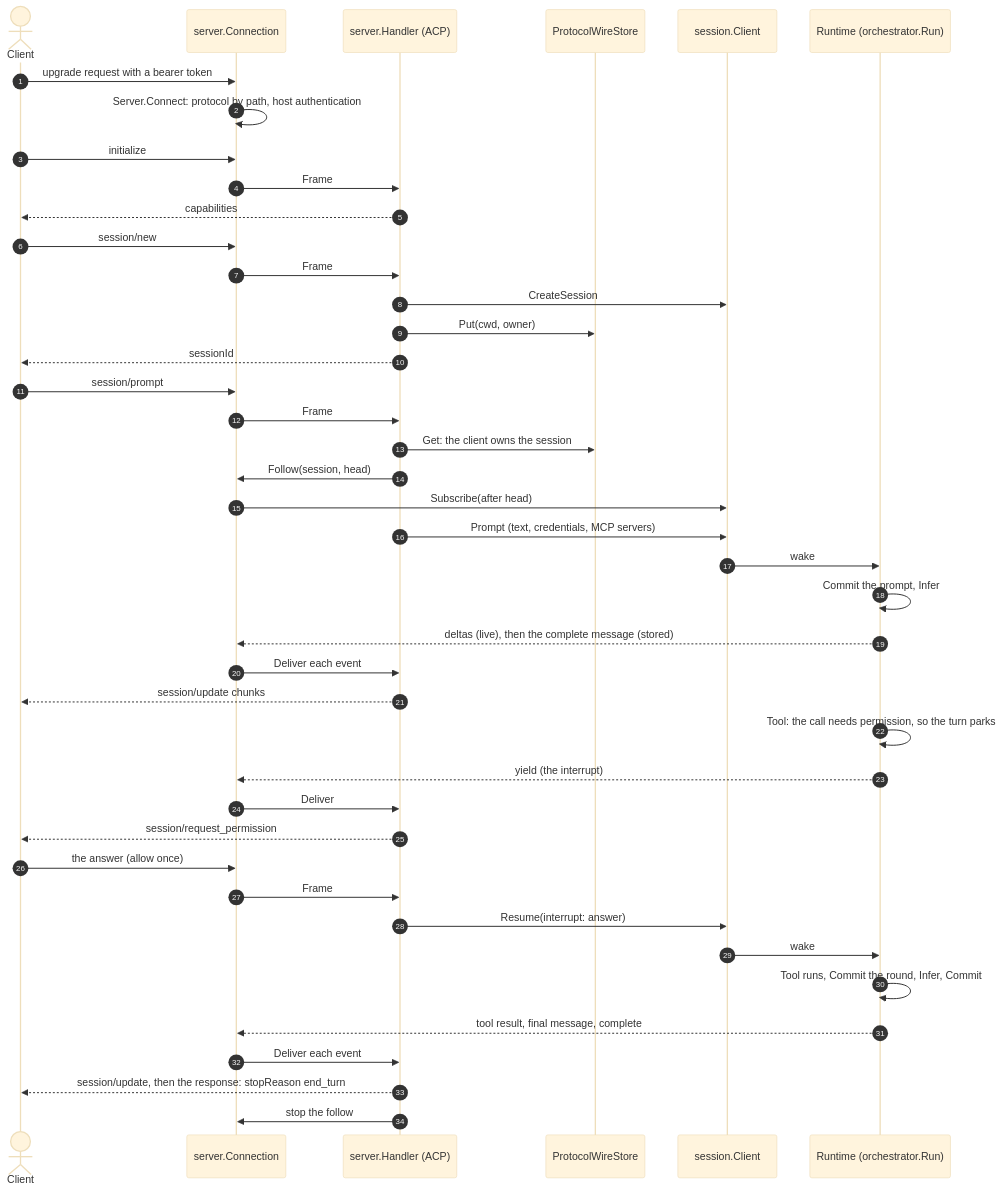
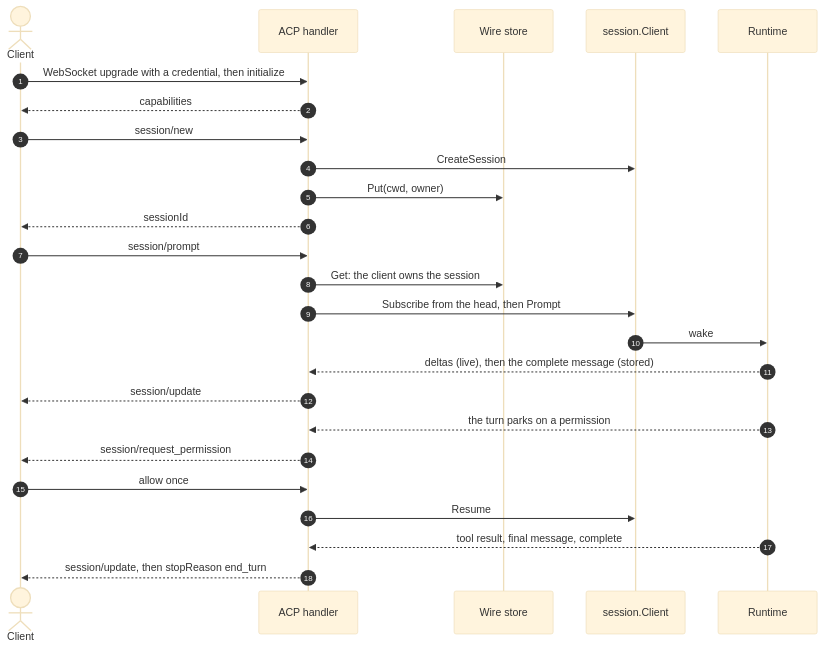
The diagram in docs/protocol.md (Ryanaldo34/tacklr), drawn with Mermaid (base theme) before and after one commit. The commit also changed other lines of this file and 11 other files, not shown here.

````diff
--- a/docs/protocol.md
+++ b/docs/protocol.md
@@ -64,45 +24,28 @@
 ```mermaid
 sequenceDiagram
     autonumber
     actor U as Client
-    participant C as server.Connection
-    participant H as server.Handler (ACP)
-    participant W as ProtocolWireStore
+    participant H as ACP handler
+    participant W as Wire store
     participant S as session.Client
-    participant R as Runtime (orchestrator.Run)
+    participant R as Runtime
 
-    U->>C: upgrade request with a bearer token
-    C->>C: Server.Connect: protocol by path, host authentication
-    U->>C: initialize
-    C->>H: Frame
+    U->>H: WebSocket upgrade with a credential, then initialize
     H-->>U: capabilities
-    U->>C: session/new
-    C->>H: Frame
+    U->>H: session/new
     H->>S: CreateSession
     H->>W: Put(cwd, owner)
     H-->>U: sessionId
-    U->>C: session/prompt
-    C->>H: Frame
+    U->>H: session/prompt
     H->>W: Get: the client owns the session
-    H->>C: Follow(session, head)
-    C->>S: Subscribe(after head)
-    H->>S: Prompt (text, credentials, MCP servers)
+    H->>S: Subscribe from the head, then Prompt
     S->>R: wake
-    R->>R: Commit the prompt, Infer
-    R-->>C: deltas (live), then the complete message (stored)
-    C->>H: Deliver each event
-    H-->>U: session/update chunks
-    R->>R: Tool: the call needs permission, so the turn parks
-    R-->>C: yield (the interrupt)
-    C->>H: Deliver
+    R-->>H: deltas (live), then the complete message (stored)
+    H-->>U: session/update
+    R-->>H: the turn parks on a permission
     H-->>U: session/request_permission
-    U->>C: the answer (allow once)
-    C->>H: Frame
-    H->>S: Resume(interrupt: answer)
-    S->>R: wake
-    R->>R: Tool runs, Commit the round, Infer, Commit
-    R-->>C: tool result, final message, complete
-    C->>H: Deliver each event
-    H-->>U: session/update, then the response: stopReason end_turn
-    H->>C: stop the follow
+    U->>H: allow once
+    H->>S: Resume
+    R-->>H: tool result, final message, complete
+    H-->>U: session/update, then stopReason end_turn
 ```
````
